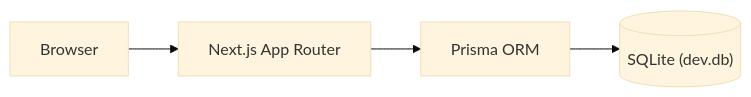
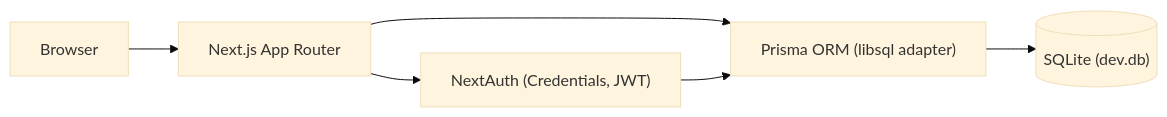
One commit to AbhishekKumar1709/AI-Job-Application-Builder changed the diagram in docs/ARCHITECTURE.md. Above: the diagram before and after it, drawn with Mermaid (base theme). The commit also changed other lines of this file and 26 other files, not shown here.

````diff
--- a/docs/ARCHITECTURE.md
+++ b/docs/ARCHITECTURE.md
@@ -46,6 +62,8 @@
 ```mermaid
 flowchart LR
     Browser --> NextApp["Next.js App Router"]
-    NextApp --> Prisma["Prisma ORM"]
+    NextApp --> NextAuth["NextAuth (Credentials, JWT)"]
+    NextApp --> Prisma["Prisma ORM (libsql adapter)"]
+    NextAuth --> Prisma
     Prisma --> SQLite[("SQLite (dev.db)")]
 ```
````
